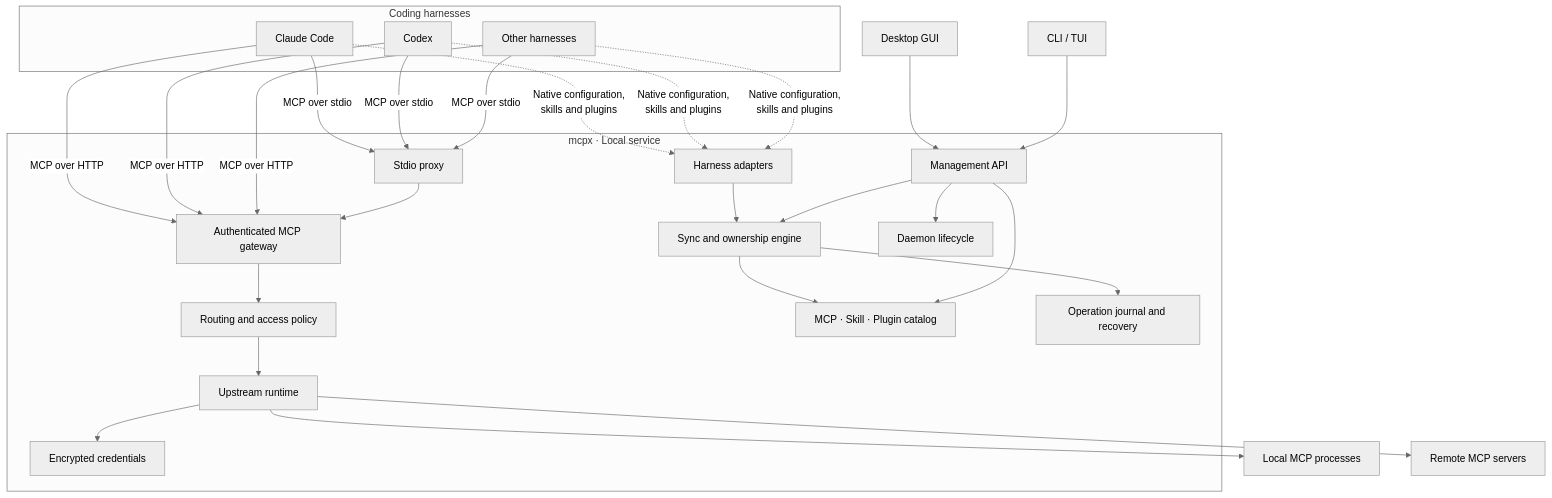
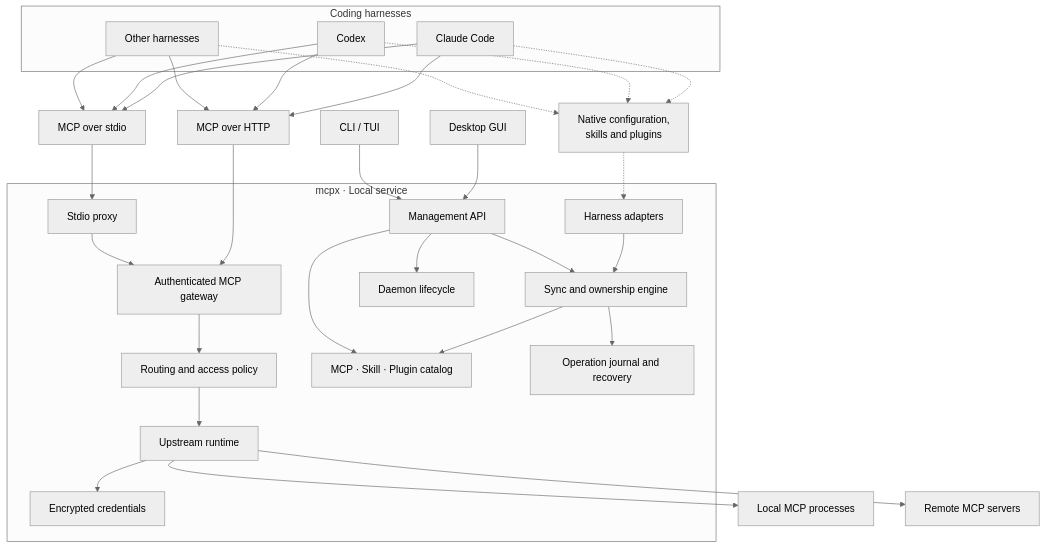
One commit to kwonye/mcpx changed the diagram in README.md. Above: the diagram before and after it, drawn with Mermaid (neutral theme). The commit also changed other lines of this file, not shown here.

Commit message:
docs: group harness integration paths into diagram nodes

````diff
--- a/README.md
+++ b/README.md
@@ -355,35 +355,38 @@
 ```mermaid
 flowchart TB
     subgraph Harnesses["Coding harnesses"]
         Claude["Claude Code"]
         Codex["Codex"]
         Others["Other harnesses"]
     end
 
-    Claude & Codex & Others -->|"MCP over HTTP"| Gateway
-    Claude & Codex & Others -->|"MCP over stdio"| Proxy
+    Claude & Codex & Others --> HTTP["MCP over HTTP"]
+    Claude & Codex & Others --> Stdio["MCP over stdio"]
+    Claude & Codex & Others -.-> Native["Native configuration,<br/>skills and plugins"]
+
+    HTTP --> Gateway
+    Stdio --> Proxy
+    Native -.-> Adapters
 
     subgraph MCPX["mcpx · Local service"]
         Proxy["Stdio proxy"] --> Gateway["Authenticated MCP gateway"]
 
         Gateway --> Router["Routing and access policy"]
         Router --> Runtime["Upstream runtime"]
         Runtime --> Secrets["Encrypted credentials"]
 
         Adapters["Harness adapters"] --> Sync["Sync and ownership engine"]
         Sync --> Catalog["MCP · Skill · Plugin catalog"]
         Sync --> Recovery["Operation journal and recovery"]
 
         Control["Management API"] --> Catalog
         Control --> Sync
         Control --> Lifecycle["Daemon lifecycle"]
     end
 
-    Claude & Codex & Others -.->|"Native configuration,<br/>skills and plugins"| Adapters
-
     Runtime --> Local["Local MCP processes"]
     Runtime --> Remote["Remote MCP servers"]
 
     GUI["Desktop GUI"] --> Control
     TUI["CLI / TUI"] --> Control
 ```
````
